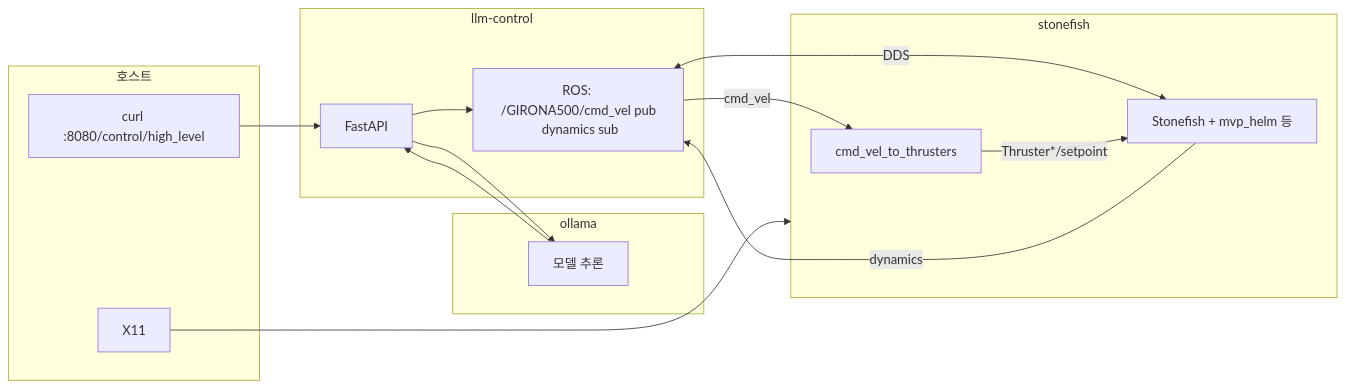
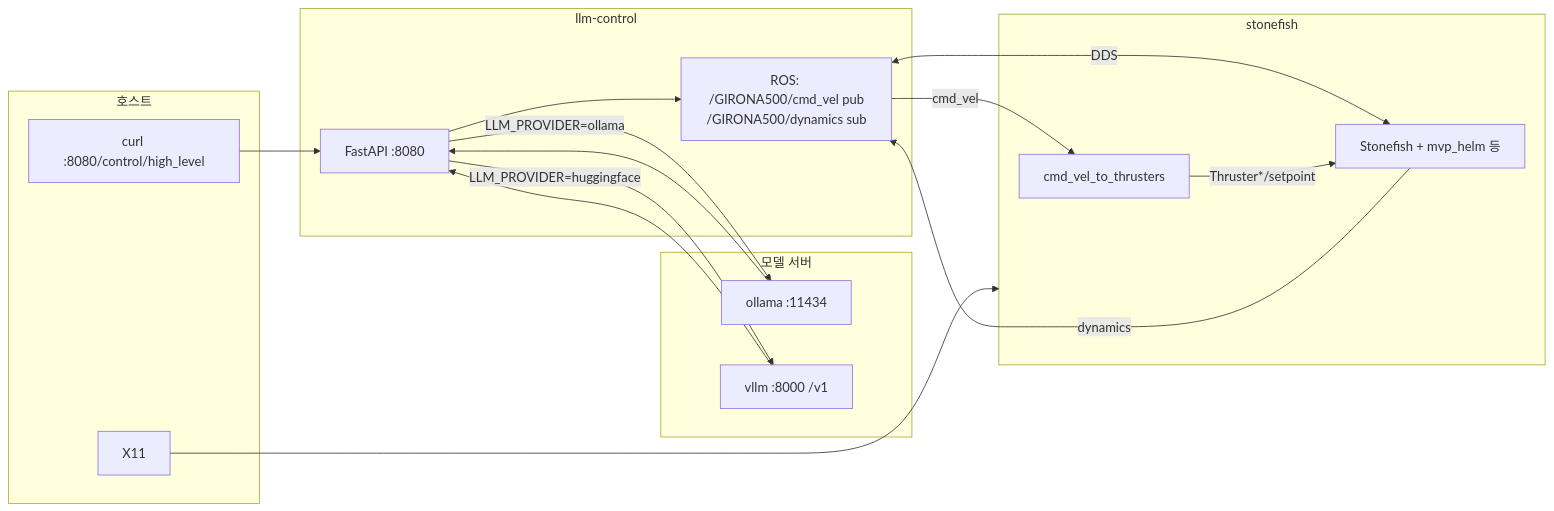
Before and after one commit to RainingCodes/projectAlpha: the second of 2 diagrams in docker/README.md, drawn with Mermaid. The commit also changed other lines of this file, not shown here.

Commit message:
docs(docker): comprehensive update to README for LLM stack

````diff
--- a/docker/README.md
+++ b/docker/README.md
@@ -108,27 +112,31 @@
 ```mermaid
 flowchart LR
   subgraph Host2["호스트"]
     CURL["curl :8080/control/high_level"]
     X2["X11"]
   end
-  subgraph O["ollama"]
-    LLM["모델 추론"]
+  subgraph M["모델 서버"]
+    OLL["ollama :11434"]
+    VLLM["vllm :8000 /v1"]
   end
   subgraph L["llm-control"]
-    API["FastAPI"]
-    BR["ROS: /GIRONA500/cmd_vel pub\n dynamics sub"]
+    API["FastAPI :8080"]
+    BR["ROS: /GIRONA500/cmd_vel pub\n/GIRONA500/dynamics sub"]
   end
   subgraph S["stonefish"]
     CVT["cmd_vel_to_thrusters"]
     SIM["Stonefish + mvp_helm 등"]
   end
+
   CURL --> API
-  API --> LLM
-  LLM --> API
+  API -->|LLM_PROVIDER=ollama| OLL
+  API -->|LLM_PROVIDER=huggingface| VLLM
+  OLL --> API
+  VLLM --> API
   API --> BR
   BR <-->|DDS| SIM
   BR -->|cmd_vel| CVT
   CVT -->|Thruster*/setpoint| SIM
   SIM -->|dynamics| BR
   X2 --> S
 ```
````
